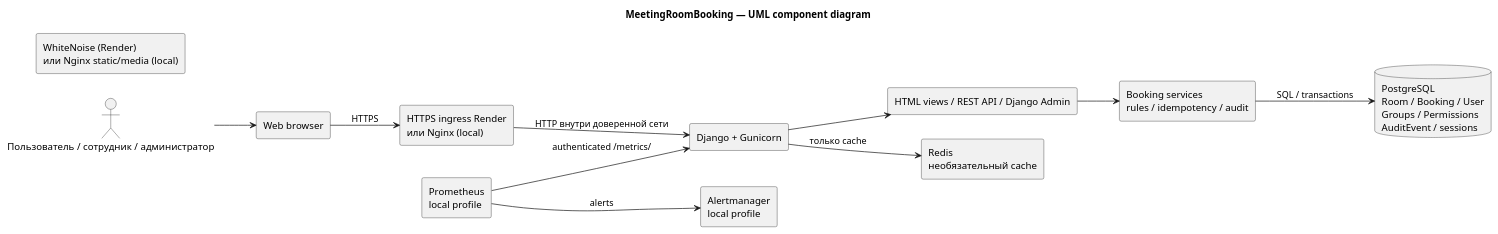
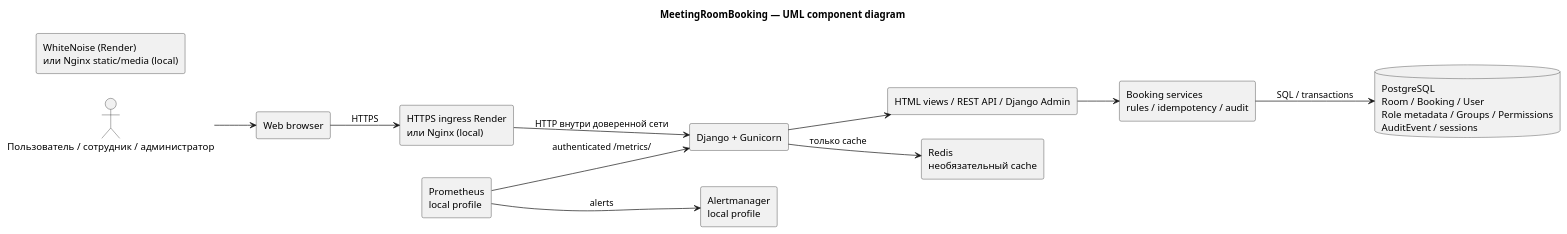
Before and after one commit to nameforreal/MeetingRoomBooking: the first of 4 diagrams in ARCHITECTURE.md, drawn with PlantUML. The commit also changed other lines of this file and 12 other files, not shown here.

````diff
--- a/ARCHITECTURE.md
+++ b/ARCHITECTURE.md
@@ -7,27 +7,27 @@
 ```plantuml
 @startuml
 title MeetingRoomBooking — UML component diagram
 left to right direction
 skinparam componentStyle rectangle
 actor "Пользователь / сотрудник / администратор" as actor
 component "Web browser" as browser
 component "HTTPS ingress Render\nили Nginx (local)" as edge
 component "Django + Gunicorn" as app
 component "HTML views / REST API / Django Admin" as ui
 component "Booking services\nrules / idempotency / audit" as domain
-database "PostgreSQL\nRoom / Booking / User\nGroups / Permissions\nAuditEvent / sessions" as db
+database "PostgreSQL\nRoom / Booking / User\nRole metadata / Groups / Permissions\nAuditEvent / sessions" as db
 component "Redis\nнеобязательный cache" as redis
 component "WhiteNoise (Render)\nили Nginx static/media (local)" as static
 component "Prometheus\nlocal profile" as prom
 component "Alertmanager\nlocal profile" as alert
 actor --> browser
 browser --> edge : HTTPS
 edge --> app : HTTP внутри доверенной сети
 app --> ui
 ui --> domain
 domain --> db : SQL / transactions
 app --> redis : только cache
 prom --> app : authenticated /metrics/
 prom --> alert : alerts
 @enduml
 ```
````
